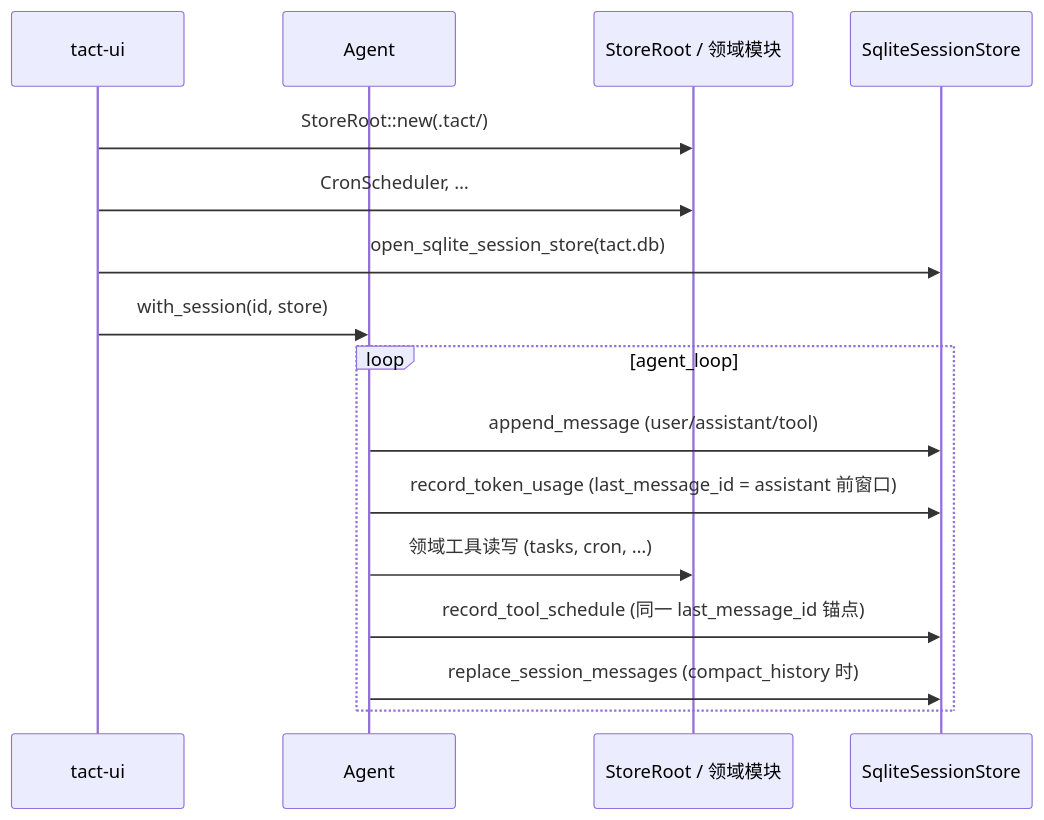
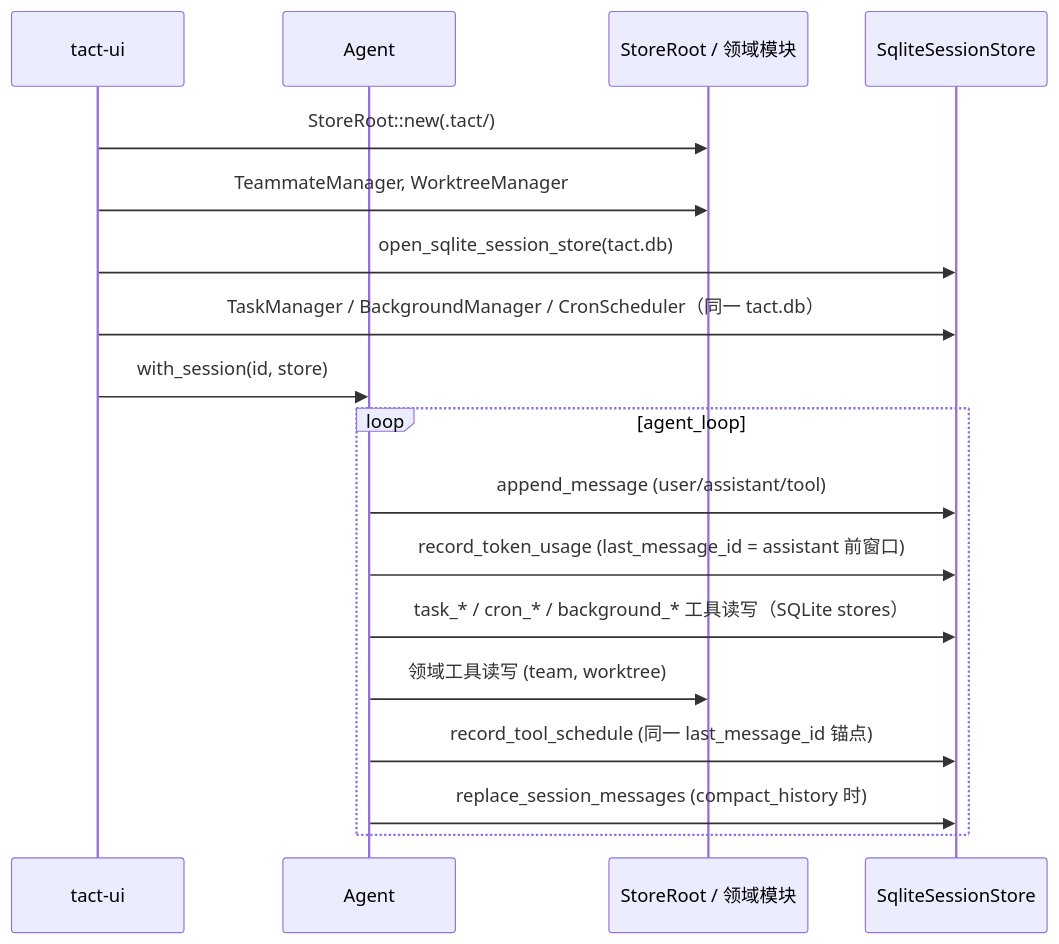
The second of 2 diagrams in book/01_chapter_store_zh.md (rust-infra/tact), drawn with Mermaid before and after one commit. The commit also changed other lines of this file and 23 other files, not shown here.

First line of the commit message:
feat(store): migrate cron and background storage from JSON to SQLite

````diff
--- a/book/01_chapter_store_zh.md
+++ b/book/01_chapter_store_zh.md
@@ -178,20 +175,22 @@
 ```mermaid
 sequenceDiagram
     participant TUI as tact-ui
     participant Agent
     participant JSON as StoreRoot / 领域模块
     participant SQL as SqliteSessionStore
 
     TUI->>JSON: StoreRoot::new(.tact/)
-    TUI->>JSON: CronScheduler, …
+    TUI->>JSON: TeammateManager, WorktreeManager
     TUI->>SQL: open_sqlite_session_store(tact.db)
+    TUI->>SQL: TaskManager / BackgroundManager / CronScheduler（同一 tact.db）
     TUI->>Agent: with_session(id, store)
 
     loop agent_loop
         Agent->>SQL: append_message (user/assistant/tool)
         Agent->>SQL: record_token_usage (last_message_id = assistant 前窗口)
-        Agent->>JSON: 领域工具读写 (tasks, cron, …)
+        Agent->>SQL: task_* / cron_* / background_* 工具读写（SQLite stores）
+        Agent->>JSON: 领域工具读写 (team, worktree)
         Agent->>SQL: record_tool_schedule (同一 last_message_id 锚点)
         Agent->>SQL: replace_session_messages (compact_history 时)
     end
 ```
````
